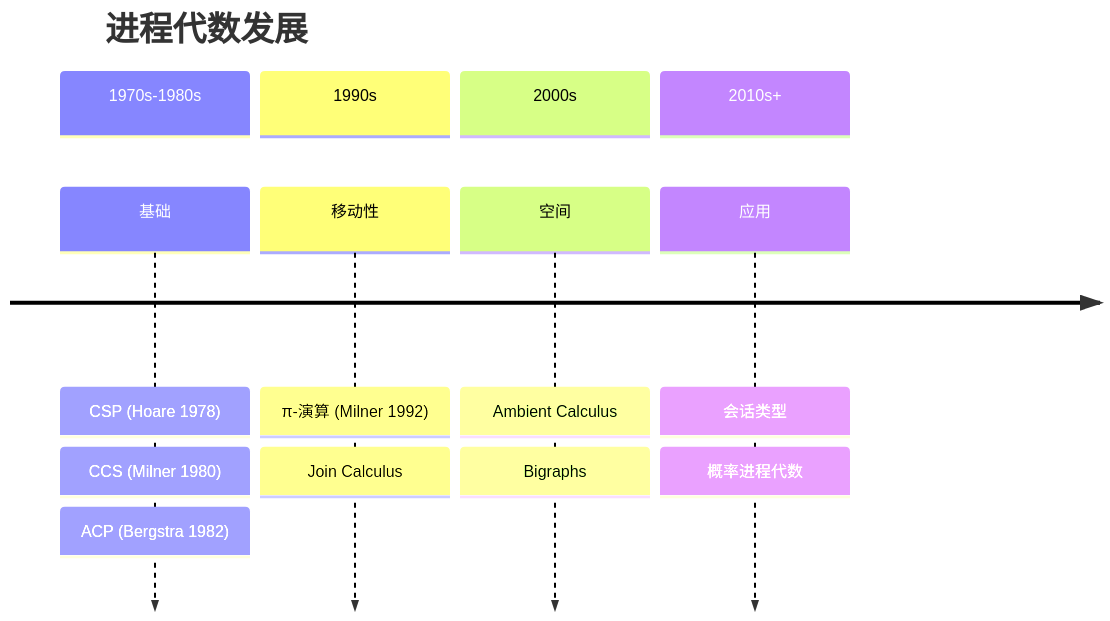
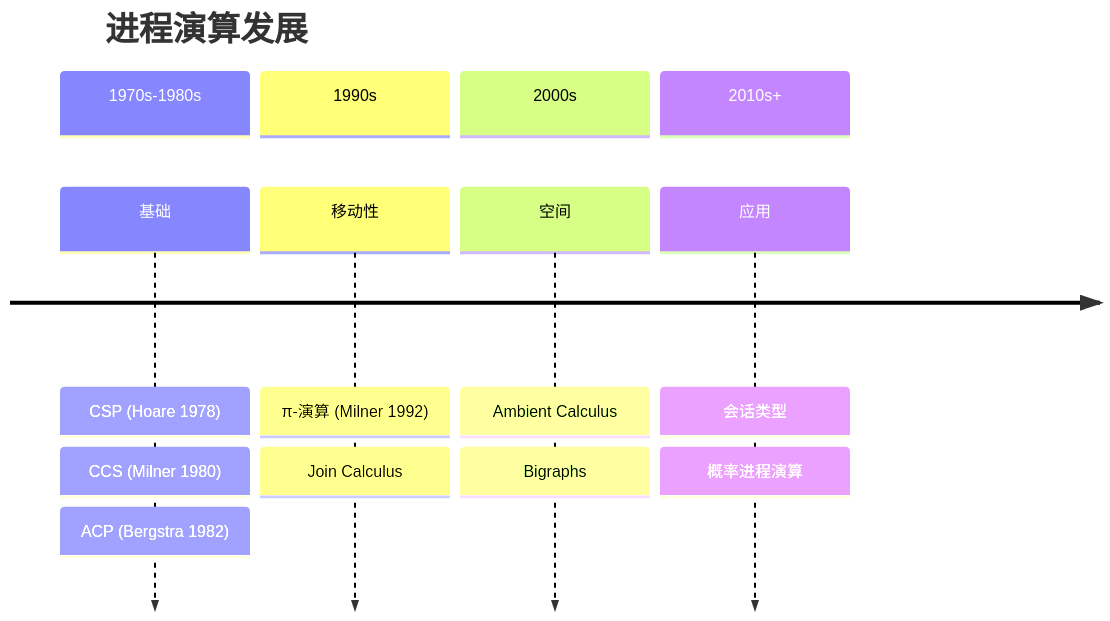
One commit to AdaMartin18010/AnalysisDataFlow changed the second of 2 diagrams in formal-methods/99-references/by-topic/process-algebra.md. Above: the diagram before and after it, drawn with Mermaid. The commit also changed other lines of this file and 129 other files, not shown here.

````diff
--- a/formal-methods/99-references/by-topic/process-algebra.md
+++ b/formal-methods/99-references/by-topic/process-algebra.md
@@ -139,17 +139,17 @@
 ```mermaid
 timeline
-    title 进程代数发展
+    title 进程演算发展
     section 1970s-1980s
         基础 : CSP (Hoare 1978)
              : CCS (Milner 1980)
              : ACP (Bergstra 1982)
     section 1990s
         移动性 : π-演算 (Milner 1992)
                : Join Calculus
     section 2000s
         空间 : Ambient Calculus
              : Bigraphs
     section 2010s+
         应用 : 会话类型
-             : 概率进程代数
+             : 概率进程演算
 ```
````
